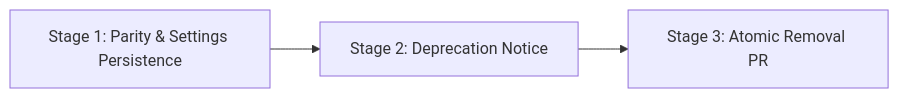
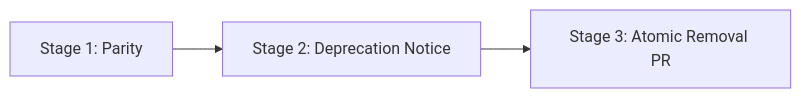
One commit to Jstar269/nakagawa-recomp changed the second of 2 diagrams in docs/WEB_UI_RETIREMENT.md. Above: the diagram before and after it, drawn with Mermaid. The commit also changed other lines of this file and 2 other files, not shown here.

First line of the commit message:
docs: verified regression checklist; retirement plan reflects landed settings, calibration and F1 overlay

````diff
--- a/docs/WEB_UI_RETIREMENT.md
+++ b/docs/WEB_UI_RETIREMENT.md
@@ -188,5 +185,5 @@
 ```mermaid
 flowchart LR
-    S1["Stage 1: Parity & Settings Persistence"] --> S2["Stage 2: Deprecation Notice"]
+    S1["Stage 1: Parity"] --> S2["Stage 2: Deprecation Notice"]
     S2 --> S3["Stage 3: Atomic Removal PR"]
 ```
````
